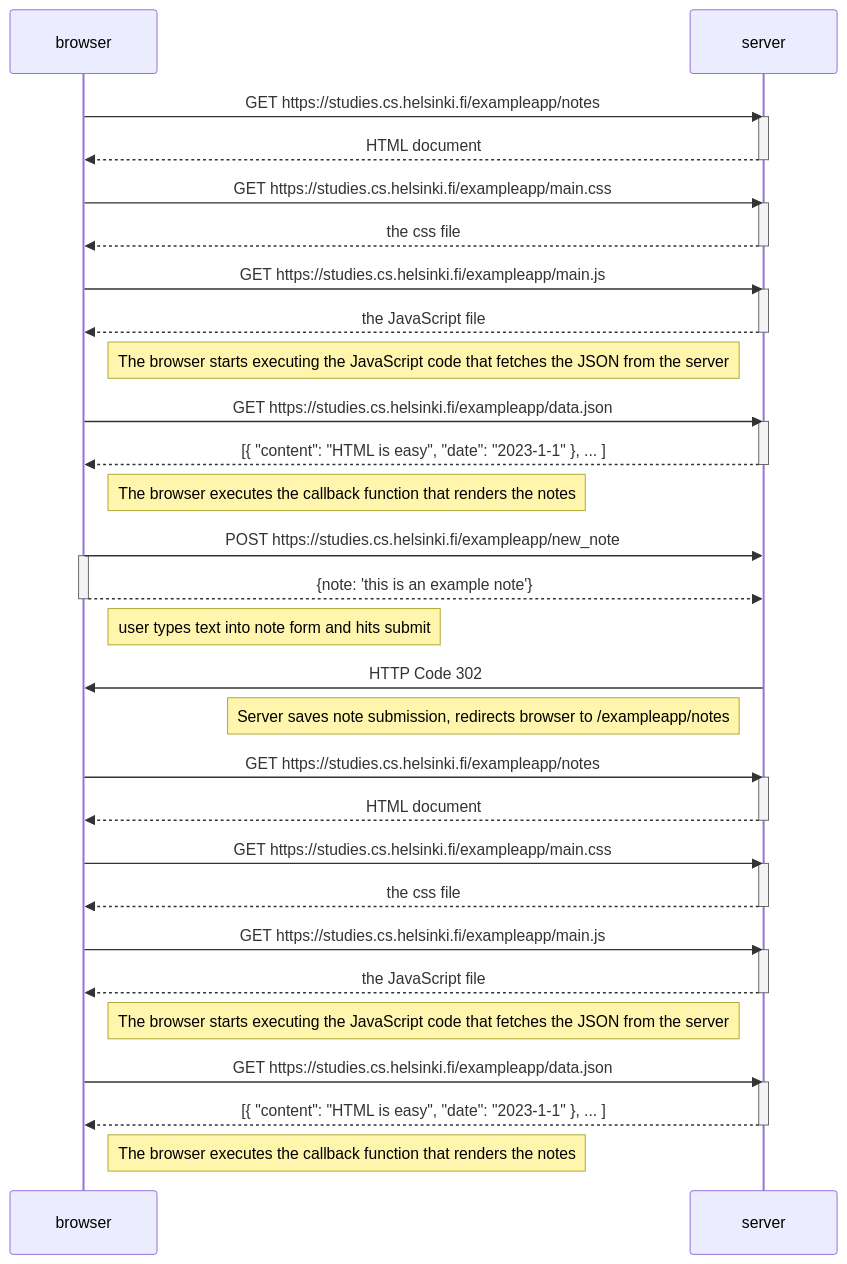
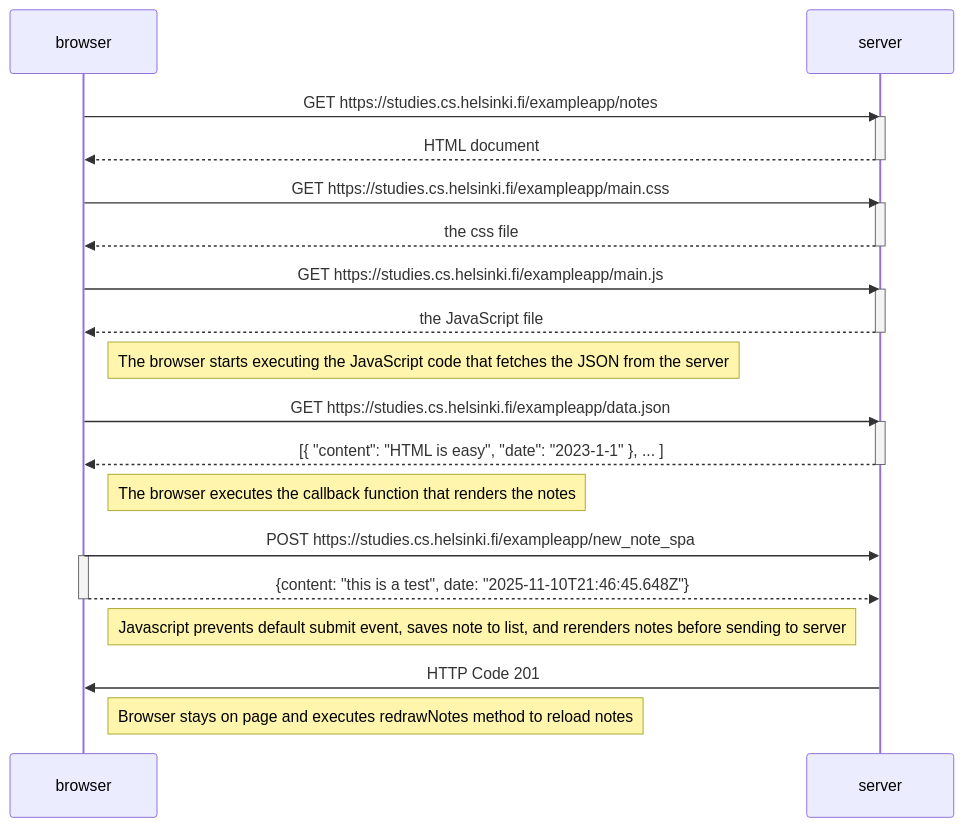
The diagram in part0/problem_0.4.md (secondubly/fullstackopen), drawn with Mermaid before and after one commit. The commit also changed 2 other files, not shown here.

Commit message:
finish part 0 questions

````diff
--- a/part0/problem_0.4.md
+++ b/part0/problem_0.4.md
@@ -1,63 +3,40 @@
 ```mermaid
 sequenceDiagram
     participant browser
     participant server
 
     browser->>server: GET https://studies.cs.helsinki.fi/exampleapp/notes
     activate server
     server-->>browser: HTML document
     deactivate server
 
     browser->>server: GET https://studies.cs.helsinki.fi/exampleapp/main.css
     activate server
     server-->>browser: the css file
     deactivate server
 
     browser->>server: GET https://studies.cs.helsinki.fi/exampleapp/main.js
     activate server
     server-->>browser: the JavaScript file
     deactivate server
 
     Note right of browser: The browser starts executing the JavaScript code that fetches the JSON from the server
 
     browser->>server: GET https://studies.cs.helsinki.fi/exampleapp/data.json
     activate server
     server-->>browser: [{ "content": "HTML is easy", "date": "2023-1-1" }, ... ]
     deactivate server
 
     Note right of browser: The browser executes the callback function that renders the notes
 
-    browser->>server: POST https://studies.cs.helsinki.fi/exampleapp/new_note
+    browser->>server: POST https://studies.cs.helsinki.fi/exampleapp/new_note_spa
     activate browser
-    browser-->>server: {note: 'this is an example note'}
+    browser-->>server: {content: "this is a test", date: "2025-11-10T21:46:45.648Z"}
     deactivate browser
 
-    Note right of browser: user types text into note form and hits submit
+    Note right of browser: Javascript prevents default submit event, saves note to list, and rerenders notes before sending to server
 
-    server->>browser: HTTP Code 302
-    Note left of server: Server saves note submission, redirects browser to /exampleapp/notes
+    server->>browser: HTTP Code 201
+    Note right of browser: Browser stays on page and executes redrawNotes method to reload notes
 
-    browser->>server: GET https://studies.cs.helsinki.fi/exampleapp/notes
-    activate server
-    server-->>browser: HTML document
-    deactivate server
-
-    browser->>server: GET https://studies.cs.helsinki.fi/exampleapp/main.css
-    activate server
-    server-->>browser: the css file
-    deactivate server
-
-    browser->>server: GET https://studies.cs.helsinki.fi/exampleapp/main.js
-    activate server
-    server-->>browser: the JavaScript file
-    deactivate server
-
-    Note right of browser: The browser starts executing the JavaScript code that fetches the JSON from the server
-
-    browser->>server: GET https://studies.cs.helsinki.fi/exampleapp/data.json
-    activate server
-    server-->>browser: [{ "content": "HTML is easy", "date": "2023-1-1" }, ... ]
-    deactivate server
-
-    Note right of browser: The browser executes the callback function that renders the notes
 ```
````
